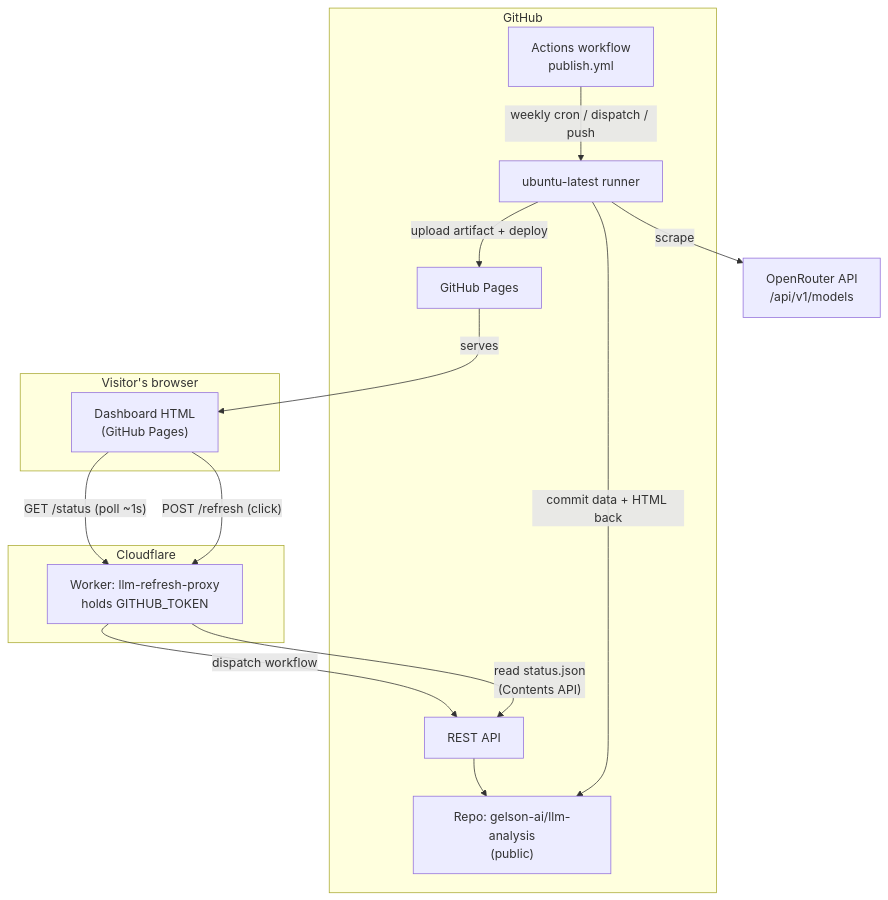
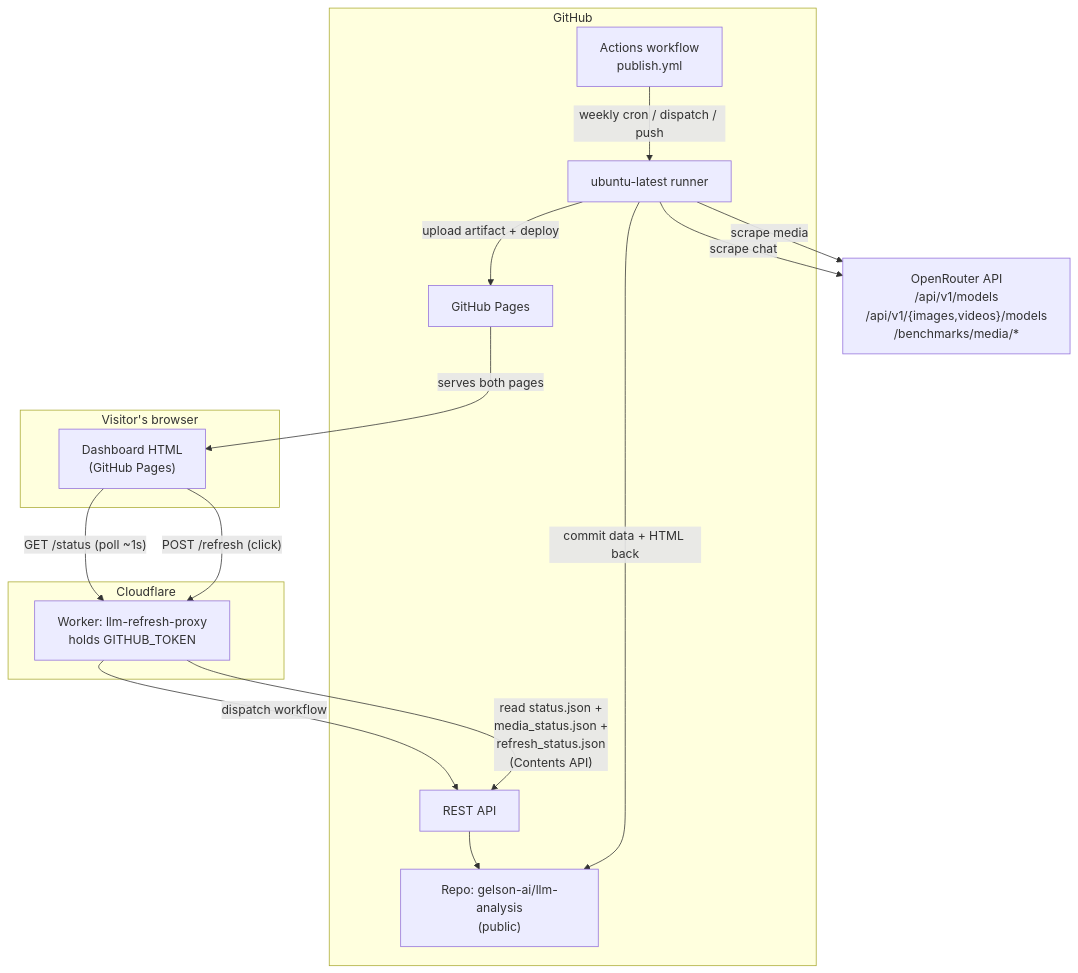
One commit to gelson-ai/llm-analysis changed the diagram in DEPLOYMENT.md. Above: the diagram before and after it, drawn with Mermaid. The commit also changed other lines of this file and 2 other files, not shown here.

Commit message:
Docs: bring DEPLOYMENT.md and README up to date for two dashboards and the unified refresh

````diff
--- a/DEPLOYMENT.md
+++ b/DEPLOYMENT.md
@@ -34,32 +34,33 @@
 ```mermaid
 flowchart TB
     subgraph browser["Visitor's browser"]
         PAGE["Dashboard HTML<br/>(GitHub Pages)"]
     end
 
     subgraph cf["Cloudflare"]
         WORKER["Worker: llm-refresh-proxy<br/>holds GITHUB_TOKEN"]
     end
 
     subgraph gh["GitHub"]
         REPO["Repo: gelson-ai/llm-analysis<br/>(public)"]
         WF["Actions workflow<br/>publish.yml"]
         RUNNER["ubuntu-latest runner"]
         PAGES["GitHub Pages"]
         API["REST API"]
     end
 
-    OR["OpenRouter API<br/>/api/v1/models"]
+    OR["OpenRouter API<br/>/api/v1/models<br/>/api/v1/{images,videos}/models<br/>/benchmarks/media/*"]
 
     PAGE -- "GET /status (poll ~1s)" --> WORKER
     PAGE -- "POST /refresh (click)" --> WORKER
     WORKER -- "dispatch workflow" --> API
-    WORKER -- "read status.json<br/>(Contents API)" --> API
+    WORKER -- "read status.json +<br/>media_status.json +<br/>refresh_status.json<br/>(Contents API)" --> API
     API --> REPO
 
     WF -- "weekly cron / dispatch / push" --> RUNNER
-    RUNNER -- "scrape" --> OR
+    RUNNER -- "scrape chat" --> OR
+    RUNNER -- "scrape media" --> OR
     RUNNER -- "commit data + HTML back" --> REPO
     RUNNER -- "upload artifact + deploy" --> PAGES
-    PAGES -- "serves" --> PAGE
+    PAGES -- "serves both pages" --> PAGE
 ```
````
